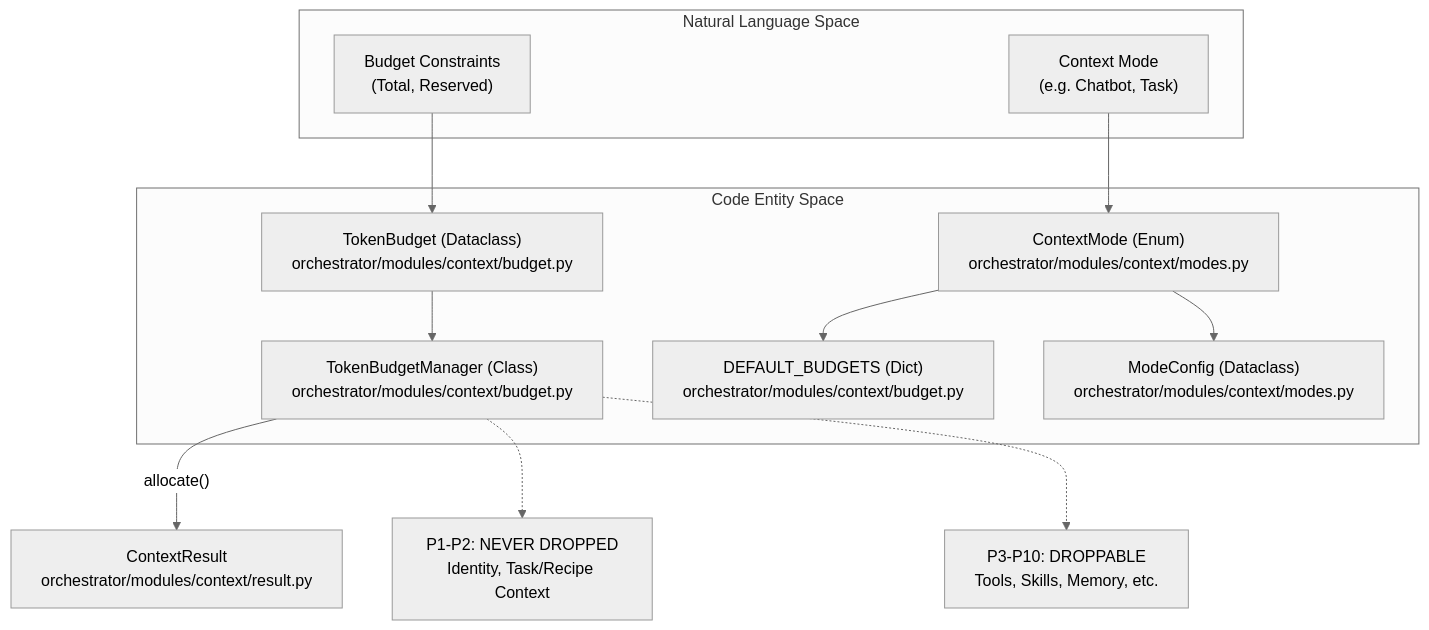
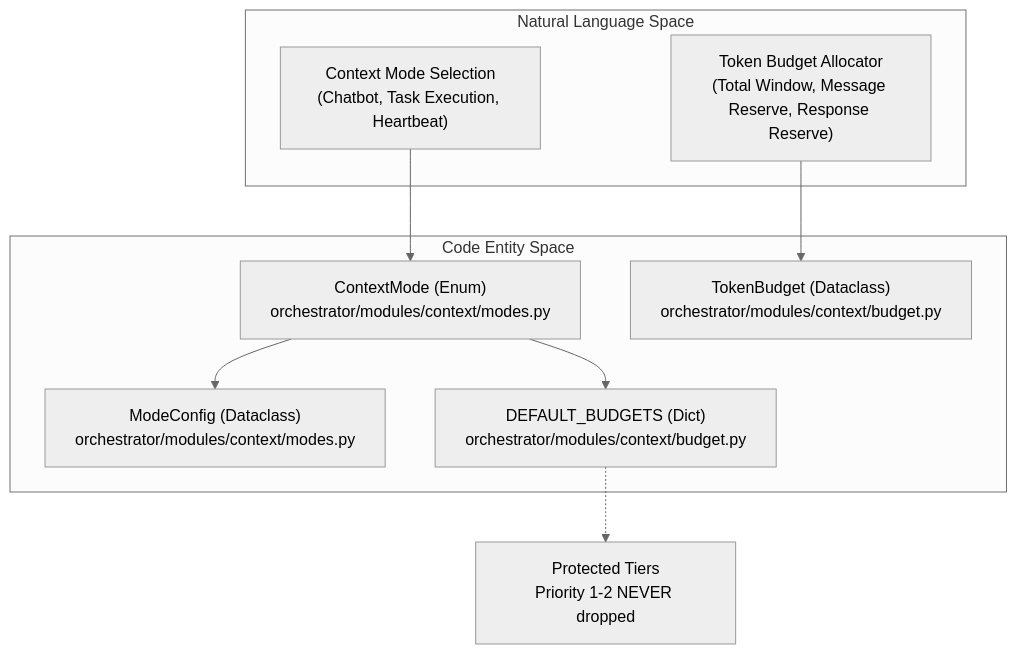
One commit to AutomatosAI/automatos-ai changed the first of 2 diagrams in docs/context-service/token-budget-management.md. Above: the diagram before and after it, drawn with Mermaid (neutral theme). The commit also changed other lines of this file and 191 other files, not shown here.

````diff
--- a/docs/context-service/token-budget-management.md
+++ b/docs/context-service/token-budget-management.md
@@ -37,28 +50,22 @@
 ```mermaid
 graph TB
     subgraph "Natural Language Space"
-        Mode["Context Mode<br/>(e.g. Chatbot, Task)"]
-        Constraint["Budget Constraints<br/>(Total, Reserved)"]
+        NL_Mode["Context Mode Selection<br/>(Chatbot, Task Execution, Heartbeat)"]
+        NL_Budget["Token Budget Allocator<br/>(Total Window, Message Reserve, Response Reserve)"]
     end
     
     subgraph "Code Entity Space"
         CM["ContextMode (Enum)<br/>orchestrator/modules/context/modes.py"]
+        MC["ModeConfig (Dataclass)<br/>orchestrator/modules/context/modes.py"]
         TB["TokenBudget (Dataclass)<br/>orchestrator/modules/context/budget.py"]
-        TBM["TokenBudgetManager (Class)<br/>orchestrator/modules/context/budget.py"]
         DB["DEFAULT_BUDGETS (Dict)<br/>orchestrator/modules/context/budget.py"]
-        MC["ModeConfig (Dataclass)<br/>orchestrator/modules/context/modes.py"]
     end
     
-    Mode --> CM
-    Constraint --> TB
+    NL_Mode --> CM
     CM --> MC
+    NL_Budget --> TB
     CM --> DB
-    TB --> TBM
-    TBM -->|"allocate()"| Result["ContextResult<br/>orchestrator/modules/context/result.py"]
     
-    Note1["P1-P2: NEVER DROPPED<br/>Identity, Task/Recipe Context"]
-    Note2["P3-P10: DROPPABLE<br/>Tools, Skills, Memory, etc."]
-    
-    TBM -.-> Note1
-    TBM -.-> Note2
+    Note1["Protected Tiers<br/>Priority 1-2 NEVER dropped"]
+    DB -.-> Note1
 ```
````
